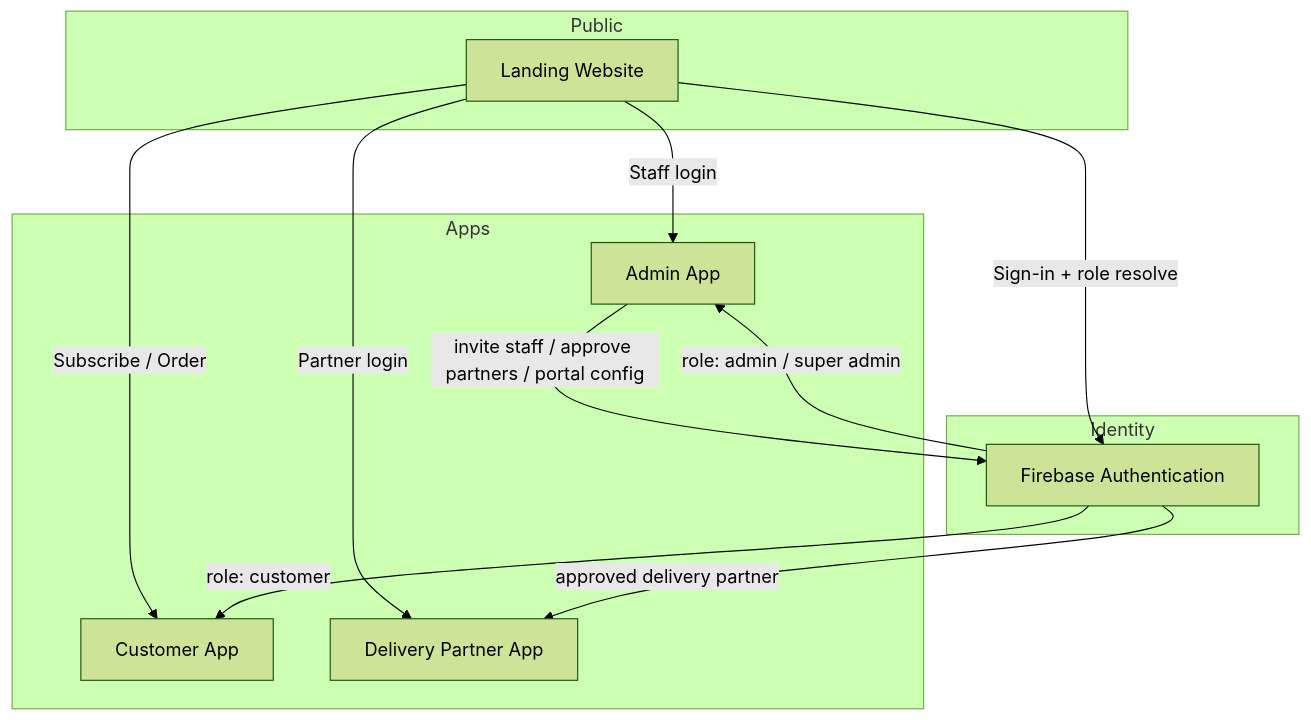
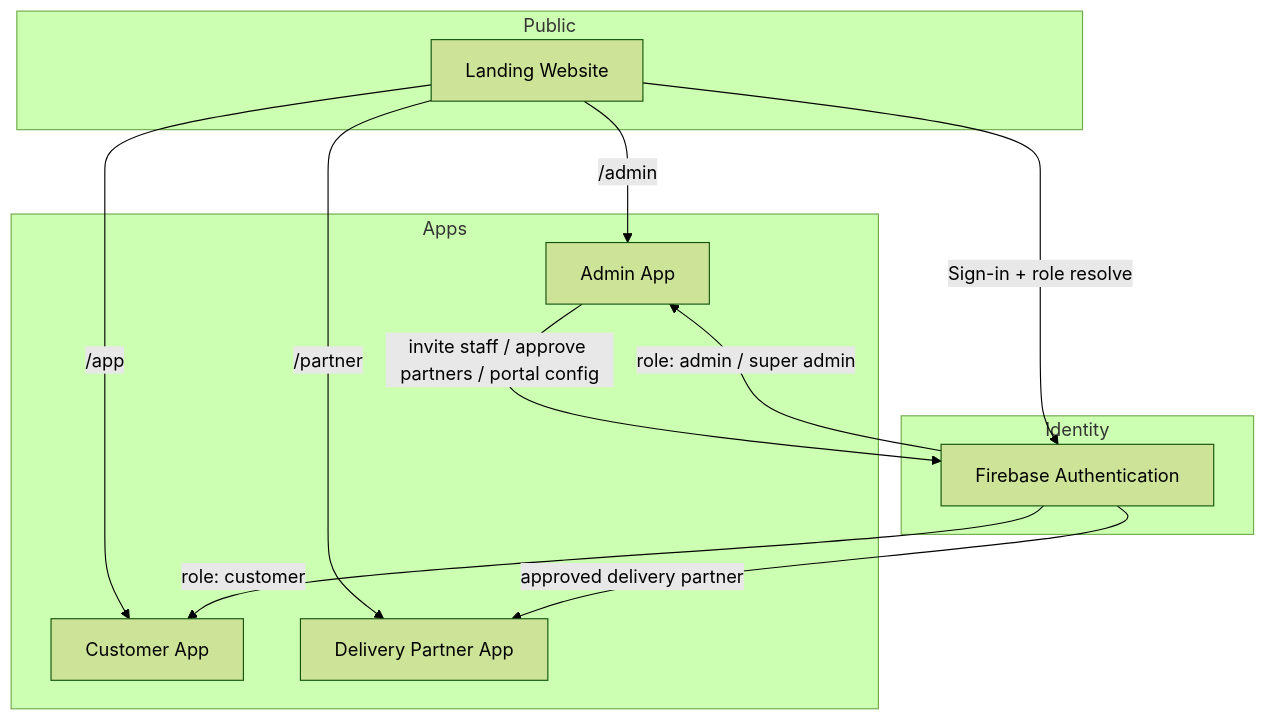
One commit to taazabites/taaza-bites changed the diagram in README.md. Above: the diagram before and after it, drawn with Mermaid (forest theme). The commit also changed other lines of this file and 39 other files, not shown here.

````diff
--- a/README.md
+++ b/README.md
@@ -36,25 +36,25 @@
 ```mermaid
 flowchart TB
   subgraph Public
     L[Landing Website]
   end
 
   subgraph Identity
     FA[Firebase Authentication]
   end
 
   subgraph Apps
     C[Customer App]
     A[Admin App]
     D[Delivery Partner App]
   end
 
-  L -->|Subscribe / Order| C
-  L -->|Staff login| A
-  L -->|Partner login| D
+  L -->|/app| C
+  L -->|/admin| A
+  L -->|/partner| D
   L -->|Sign-in + role resolve| FA
   FA -->|role: customer| C
   FA -->|role: admin / super admin| A
   FA -->|approved delivery partner| D
   A -->|invite staff / approve partners / portal config| FA
 ```
````
